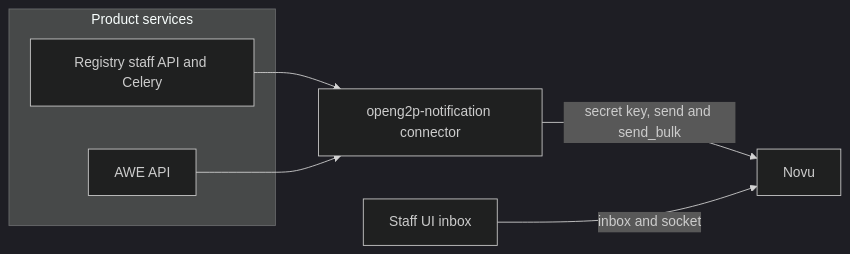
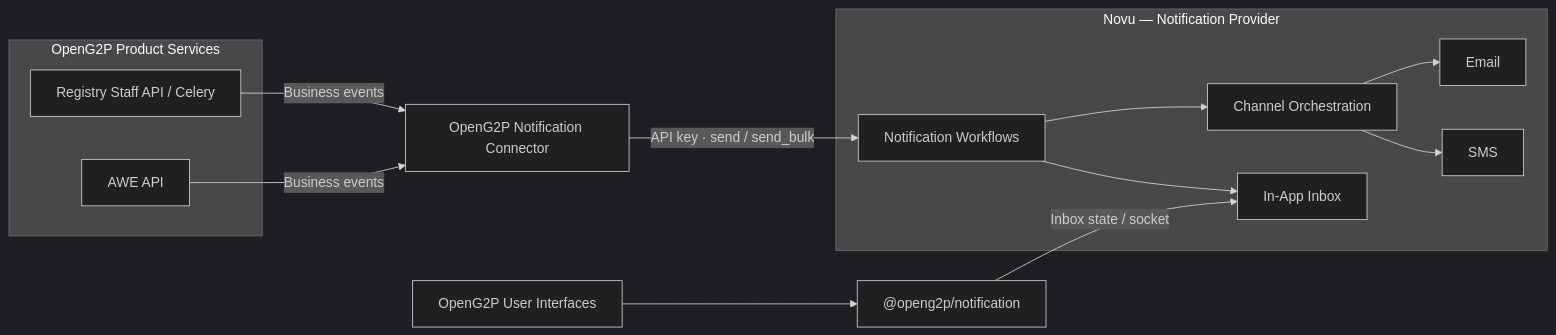
The diagram in platform/platform-services/notifications/README.md (OpenG2P/openg2p-documentation), drawn with Mermaid (dark theme) before and after one commit. The commit also changed other lines of this file and 14 other files, not shown here.

````diff
--- a/platform/platform-services/notifications/README.md
+++ b/platform/platform-services/notifications/README.md
@@ -16,14 +26,33 @@
 ```mermaid
 flowchart LR
-  subgraph products [Product services]
-    Registry[Registry staff API and Celery]
-    Awe[AWE API]
+  subgraph products["OpenG2P Product Services"]
+    Registry["Registry Staff API / Celery"]
+    AWE["AWE API"]
   end
-  Connector["openg2p-notification connector"]
-  Novu[Novu]
-  StaffUi[Staff UI inbox]
-  Registry --> Connector
-  Awe --> Connector
-  Connector -->|"secret key, send and send_bulk"| Novu
-  StaffUi -->|"inbox and socket"| Novu
+
+  Connector["OpenG2P Notification Connector"]
+
+  subgraph novu["Novu — Notification Provider"]
+    Workflows["Notification Workflows"]
+    Channels["Channel Orchestration"]
+    Inbox["In-App Inbox"]
+    Email["Email"]
+    SMS["SMS"]
+  end
+
+  Client["@openg2p/notification"]
+  UI["OpenG2P User Interfaces"]
+
+  Registry -->|"Business events"| Connector
+  AWE -->|"Business events"| Connector
+
+  Connector -->|"API key · send / send_bulk"| Workflows
+  Workflows --> Channels
+  Workflows --> Inbox
+
+  Client -->|"Inbox state / socket"| Inbox
+  UI --> Client
+
+  Channels --> Email
+  Channels --> SMS
 ```
````
